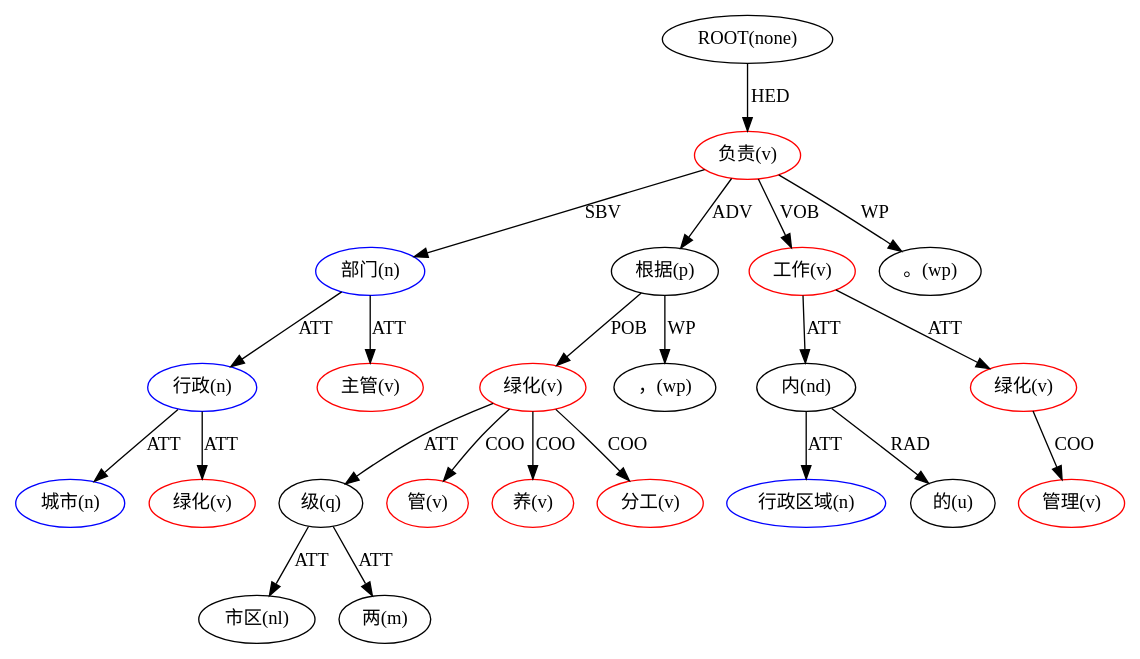
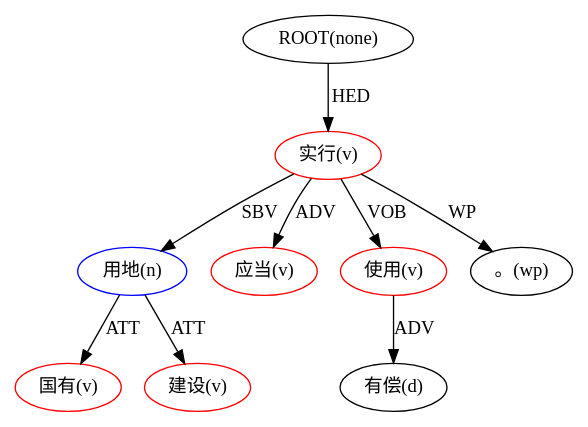
One commit to 17680329677/Forestry_LAW changed the diagram in syntactic_analysis/Digraph.gv. Above: the diagram before and after it, drawn with Graphviz. The commit also changed 8 other files, not shown here.

```diff
--- a/syntactic_analysis/Digraph.gv
+++ b/syntactic_analysis/Digraph.gv
@@ -1,48 +1,20 @@
 // The Round Table
 digraph {
 	N0 [label="ROOT(none)" fontname="Microsoft YaHei"]
-	N1 [label="城市(n)" color=blue fontname="Microsoft YaHei"]
-	N2 [label="绿化(v)" color=red fontname="Microsoft YaHei"]
-	N3 [label="行政(n)" color=blue fontname="Microsoft YaHei"]
-	N4 [label="主管(v)" color=red fontname="Microsoft YaHei"]
-	N5 [label="部门(n)" color=blue fontname="Microsoft YaHei"]
-	N6 [label="根据(p)" fontname="Microsoft YaHei"]
-	N7 [label="市区(nl)" fontname="Microsoft YaHei"]
-	N8 [label="两(m)" fontname="Microsoft YaHei"]
-	N9 [label="级(q)" fontname="Microsoft YaHei"]
-	N10 [label="绿化(v)" color=red fontname="Microsoft YaHei"]
-	N11 [label="管(v)" color=red fontname="Microsoft YaHei"]
-	N12 [label="养(v)" color=red fontname="Microsoft YaHei"]
-	N13 [label="分工(v)" color=red fontname="Microsoft YaHei"]
-	N14 [label="，(wp)" fontname="Microsoft YaHei"]
-	N15 [label="负责(v)" color=red fontname="Microsoft YaHei"]
-	N16 [label="行政区域(n)" color=blue fontname="Microsoft YaHei"]
-	N17 [label="内(nd)" fontname="Microsoft YaHei"]
-	N18 [label="的(u)" fontname="Microsoft YaHei"]
-	N19 [label="绿化(v)" color=red fontname="Microsoft YaHei"]
-	N20 [label="管理(v)" color=red fontname="Microsoft YaHei"]
-	N21 [label="工作(v)" color=red fontname="Microsoft YaHei"]
-	N22 [label="。(wp)" fontname="Microsoft YaHei"]
+	N1 [label="国有(v)" color=red fontname="Microsoft YaHei"]
+	N2 [label="建设(v)" color=red fontname="Microsoft YaHei"]
+	N3 [label="用地(n)" color=blue fontname="Microsoft YaHei"]
+	N4 [label="应当(v)" color=red fontname="Microsoft YaHei"]
+	N5 [label="实行(v)" color=red fontname="Microsoft YaHei"]
+	N6 [label="有偿(d)" fontname="Microsoft YaHei"]
+	N7 [label="使用(v)" color=red fontname="Microsoft YaHei"]
+	N8 [label="。(wp)" fontname="Microsoft YaHei"]
 	N3 -> N1 [label=ATT]
 	N3 -> N2 [label=ATT]
-	N5 -> N3 [label=ATT]
-	N5 -> N4 [label=ATT]
-	N15 -> N5 [label=SBV]
-	N15 -> N6 [label=ADV]
-	N9 -> N7 [label=ATT]
-	N9 -> N8 [label=ATT]
-	N10 -> N9 [label=ATT]
-	N6 -> N10 [label=POB]
-	N10 -> N11 [label=COO]
-	N10 -> N12 [label=COO]
-	N10 -> N13 [label=COO]
-	N6 -> N14 [label=WP]
-	N0 -> N15 [label=HED]
-	N17 -> N16 [label=ATT]
-	N21 -> N17 [label=ATT]
-	N17 -> N18 [label=RAD]
-	N21 -> N19 [label=ATT]
-	N19 -> N20 [label=COO]
-	N15 -> N21 [label=VOB]
-	N15 -> N22 [label=WP]
+	N5 -> N3 [label=SBV]
+	N5 -> N4 [label=ADV]
+	N0 -> N5 [label=HED]
+	N7 -> N6 [label=ADV]
+	N5 -> N7 [label=VOB]
+	N5 -> N8 [label=WP]
 }
```
